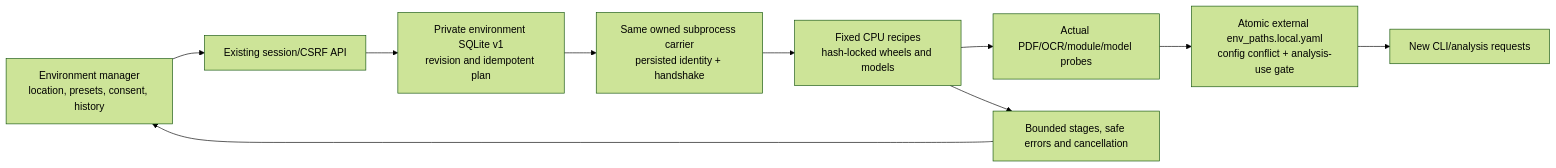
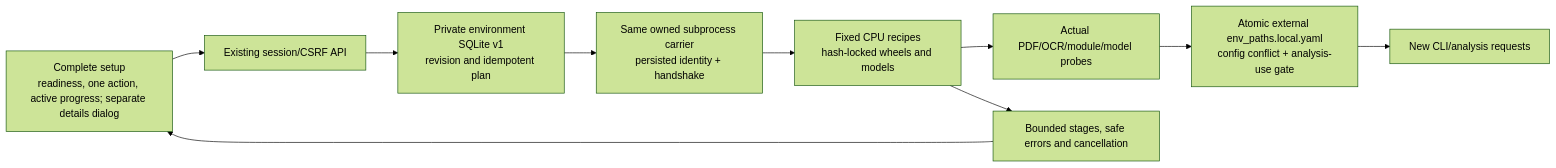
The fourth of 5 diagrams in docs/ARCHITECTURE.md (Victor-Xu-1/X-PatentSAR), drawn with Mermaid (forest theme) before and after one commit. The commit also changed other lines of this file and 46 other files, not shown here.

Commit message:
Unify complete environment setup and minimal UI [skip ci]

````diff
--- a/docs/ARCHITECTURE.md
+++ b/docs/ARCHITECTURE.md
@@ -350,12 +350,12 @@
 ```mermaid
 flowchart LR
-    ENVUI["Environment manager<br/>location, presets, consent, history"] --> ENVAPI["Existing session/CSRF API"]
+    ENVUI["Complete setup<br/>readiness, one action, active progress; separate details dialog"] --> ENVAPI["Existing session/CSRF API"]
     ENVAPI --> ENVDB["Private environment SQLite v1<br/>revision and idempotent plan"]
     ENVDB --> OWNED["Same owned subprocess carrier<br/>persisted identity + handshake"]
     OWNED --> FIXED["Fixed CPU recipes<br/>hash-locked wheels and models"]
     FIXED --> CHECK["Actual PDF/OCR/module/model probes"]
     CHECK --> CONF["Atomic external env_paths.local.yaml<br/>config conflict + analysis-use gate"]
     CONF --> NEXT["New CLI/analysis requests"]
     FIXED --> LOGS["Bounded stages, safe errors and cancellation"]
     LOGS --> ENVUI
 ```
````
